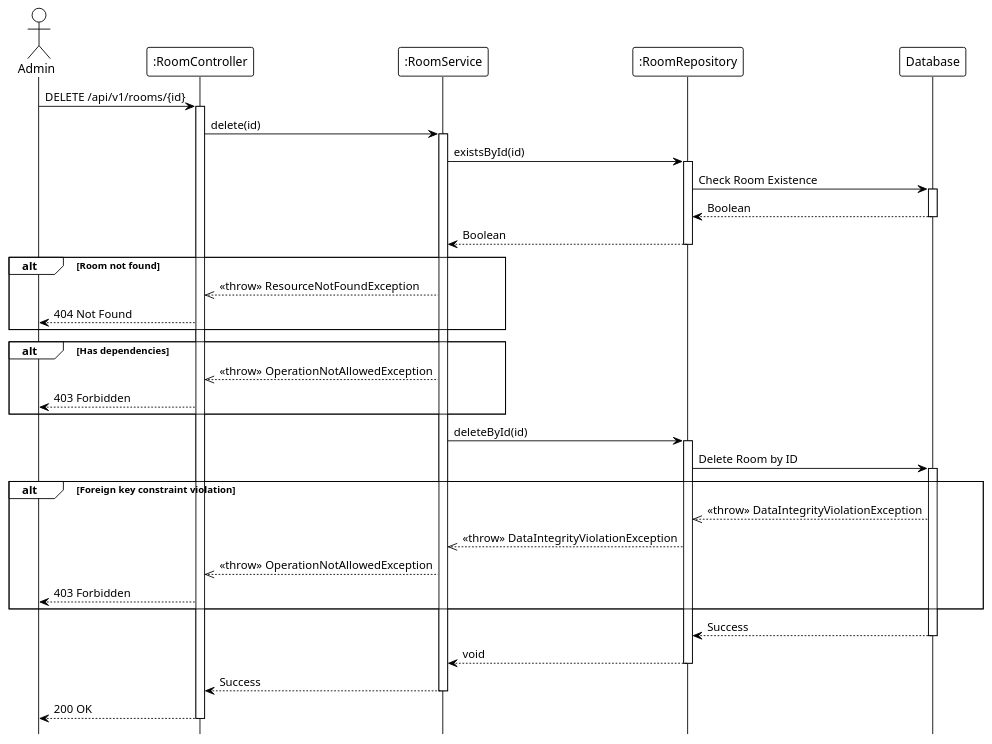
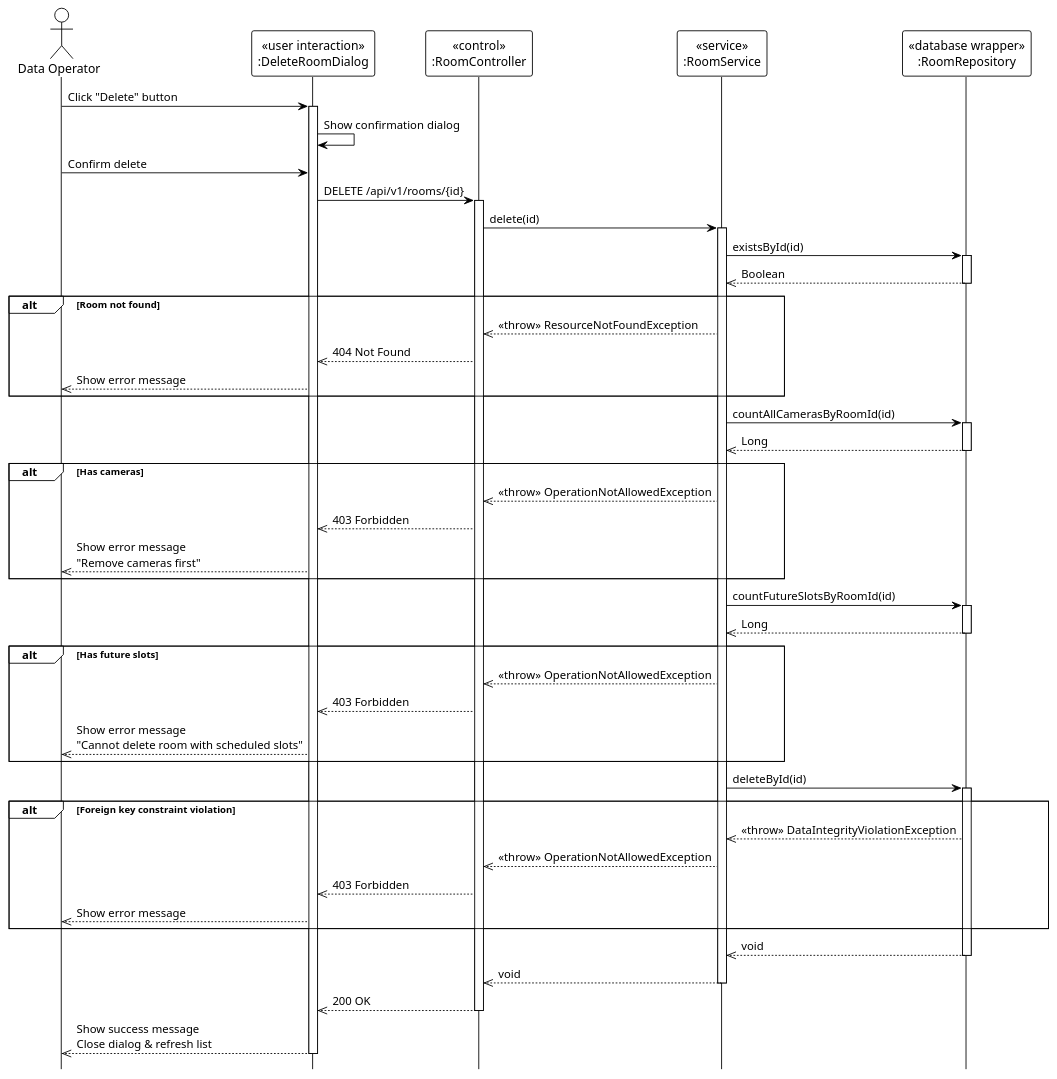
The diagram in system_detailed_design/59_delete_room/sequence_diagram_delete_room.puml (Ndh474/context), drawn with PlantUML before and after one commit. The commit also changed 5 other files, not shown here.

Commit message:
docs(system_detailed_design): add UML stereotypes to room sequence diagrams

```diff
--- a/system_detailed_design/59_delete_room/sequence_diagram_delete_room.puml
+++ b/system_detailed_design/59_delete_room/sequence_diagram_delete_room.puml
@@ -1,66 +1,84 @@
 @startuml delete_room
 !theme plain
 hide footbox
 
-actor Admin
-participant ":RoomController" as Controller
-participant ":RoomService" as Service
-participant ":RoomRepository" as Repository
-participant "Database" as DB
+actor "Data Operator" as DataOperator
 
-' --- MAIN FLOW ---
-Admin -> Controller: DELETE /api/v1/rooms/{id}
+participant "«user interaction»\n:DeleteRoomDialog" as UI
+participant "«control»\n:RoomController" as Controller
+participant "«service»\n:RoomService" as Service
+participant "«database wrapper»\n:RoomRepository" as Repository
+
+' === MAIN FLOW ===
+DataOperator -> UI: Click "Delete" button
+activate UI
+
+UI -> UI: Show confirmation dialog
+
+DataOperator -> UI: Confirm delete
+UI -> Controller: DELETE /api/v1/rooms/{id}
 activate Controller
 
 Controller -> Service: delete(id)
 activate Service
 
+' === CHECK EXISTENCE ===
 Service -> Repository: existsById(id)
 activate Repository
-
-Repository -> DB: Check Room Existence
-activate DB
-DB --> Repository: Boolean
-deactivate DB
-
-Repository --> Service: Boolean
+Repository -->> Service: Boolean
 deactivate Repository
 
 alt Room not found
     Service -->> Controller: <<throw>> ResourceNotFoundException
-    Controller --> Admin: 404 Not Found
+    Controller -->> UI: 404 Not Found
+    UI -->> DataOperator: Show error message
 end
 
-' Validation logic (internal: check cameras and future slots)
+' === CHECK CAMERAS ===
+Service -> Repository: countAllCamerasByRoomId(id)
+activate Repository
+Repository -->> Service: Long
+deactivate Repository
 
-alt Has dependencies
+alt Has cameras
     Service -->> Controller: <<throw>> OperationNotAllowedException
-    Controller --> Admin: 403 Forbidden
+    Controller -->> UI: 403 Forbidden
+    UI -->> DataOperator: Show error message\n"Remove cameras first"
 end
 
+' === CHECK FUTURE SLOTS ===
+Service -> Repository: countFutureSlotsByRoomId(id)
+activate Repository
+Repository -->> Service: Long
+deactivate Repository
+
+alt Has future slots
+    Service -->> Controller: <<throw>> OperationNotAllowedException
+    Controller -->> UI: 403 Forbidden
+    UI -->> DataOperator: Show error message\n"Cannot delete room with scheduled slots"
+end
+
+' === DELETE OPERATION ===
 Service -> Repository: deleteById(id)
 activate Repository
 
-Repository -> DB: Delete Room by ID
-activate DB
-
 alt Foreign key constraint violation
-    DB -->> Repository: <<throw>> DataIntegrityViolationException
     Repository -->> Service: <<throw>> DataIntegrityViolationException
     Service -->> Controller: <<throw>> OperationNotAllowedException
-    Controller --> Admin: 403 Forbidden
+    Controller -->> UI: 403 Forbidden
+    UI -->> DataOperator: Show error message
 end
 
-DB --> Repository: Success
-deactivate DB
-
-Repository --> Service: void
+Repository -->> Service: void
 deactivate Repository
 
-Service --> Controller: Success
+Service -->> Controller: void
 deactivate Service
 
-Controller --> Admin: 200 OK
+Controller -->> UI: 200 OK
 deactivate Controller
 
+UI -->> DataOperator: Show success message\nClose dialog & refresh list
+deactivate UI
+
 @enduml
```
